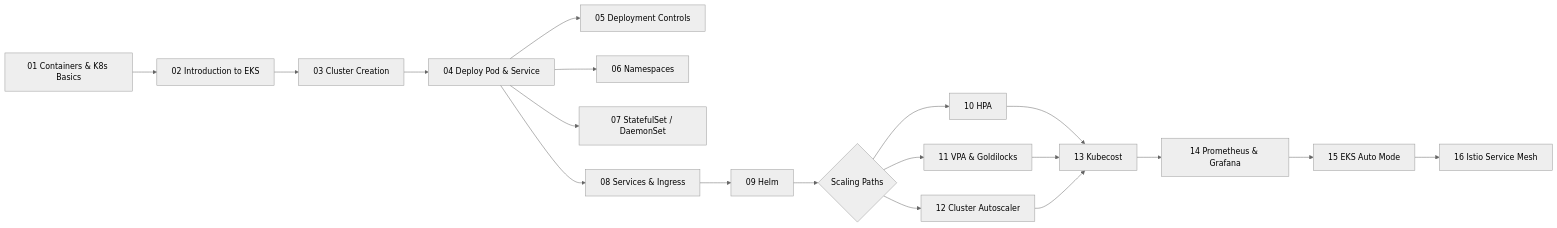
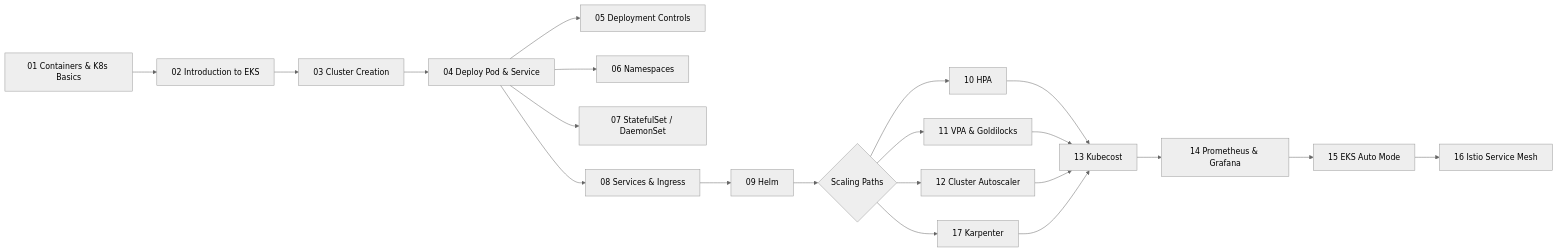
One commit to lokeshzenbook-coder/eks changed the diagram in README.md. Above: the diagram before and after it, drawn with Mermaid (neutral theme). The commit also changed other lines of this file and 2 other files, not shown here.

Commit message:
Add Karpenter doc: modern node autoscaler for EKS
New 17-karpenter.md covering NodePool/EC2NodeClass CRDs, architecture,
installation, consolidation & interruption handling. Updated README index
and learning path; cross-linked from cluster autoscaler doc.

````diff
--- a/README.md
+++ b/README.md
@@ -46,24 +47,26 @@
 ```mermaid
 graph LR
     A["01 Containers & K8s Basics"] --> B["02 Introduction to EKS"]
     B --> C["03 Cluster Creation"]
     C --> D["04 Deploy Pod & Service"]
 
     D --> E1["05 Deployment Controls"]
     D --> E2["06 Namespaces"]
     D --> E3["07 StatefulSet / DaemonSet"]
     D --> E4["08 Services & Ingress"]
 
     E4 --> F["09 Helm"]
     F --> G{Scaling Paths}
     G --> H1["10 HPA"]
     G --> H2["11 VPA & Goldilocks"]
     G --> H3["12 Cluster Autoscaler"]
+    G --> H4["17 Karpenter"]
 
     H1 --> I["13 Kubecost"]
     H2 --> I
     H3 --> I
+    H4 --> I
     I --> J["14 Prometheus & Grafana"]
     J --> K["15 EKS Auto Mode"]
     K --> L["16 Istio Service Mesh"]
 ```
````
